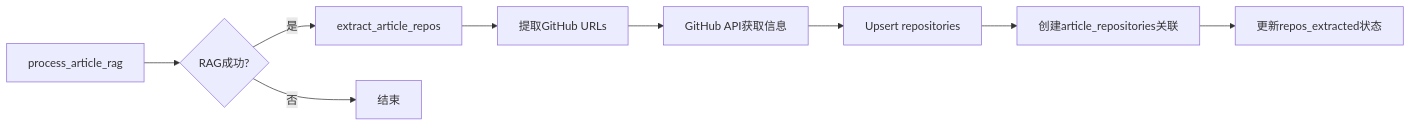
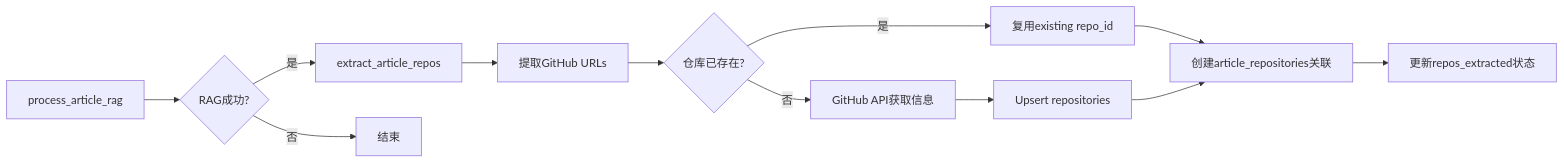
Before and after one commit to InvisibleQAQ/SaveHub_Supabase: the sixth of 6 diagrams in docs/RSS_subscribe/RSS_FLOW_COMPLETE.md, drawn with Mermaid. The commit also changed other lines of this file and 5 other files, not shown here.

First line of the commit message:
feat(article): display linked GitHub repositories in article detail

````diff
--- a/docs/RSS_subscribe/RSS_FLOW_COMPLETE.md
+++ b/docs/RSS_subscribe/RSS_FLOW_COMPLETE.md
@@ -906,11 +932,14 @@
 ```mermaid
 flowchart LR
     A[process_article_rag] --> B{RAG成功?}
     B -->|是| C[extract_article_repos]
     B -->|否| D[结束]
     C --> E[提取GitHub URLs]
-    E --> F[GitHub API获取信息]
-    F --> G[Upsert repositories]
-    G --> H[创建article_repositories关联]
-    H --> I[更新repos_extracted状态]
+    E --> F{仓库已存在?}
+    F -->|是| G[复用existing repo_id]
+    F -->|否| H[GitHub API获取信息]
+    H --> I[Upsert repositories]
+    G --> J[创建article_repositories关联]
+    I --> J
+    J --> K[更新repos_extracted状态]
 ```
````
